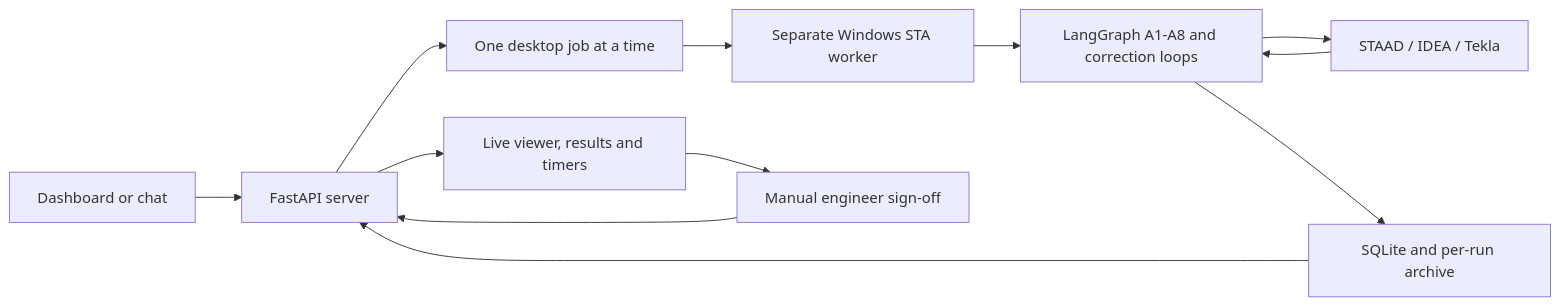
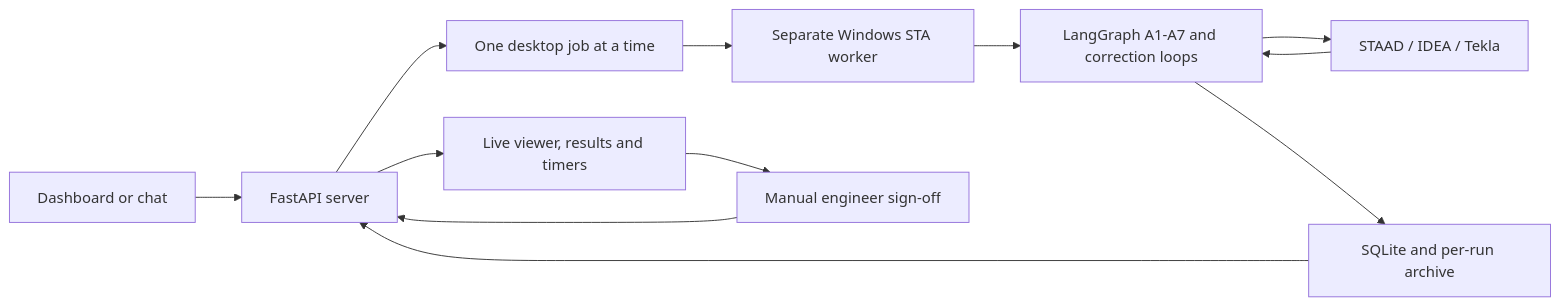
One commit to prajwal-cyient/civil_steel changed the first of 2 diagrams in README.md. Above: the diagram before and after it, drawn with Mermaid. The commit also changed other lines of this file and 65 other files, not shown here.

````diff
--- a/README.md
+++ b/README.md
@@ -26,14 +26,14 @@
 ```mermaid
 flowchart LR
     U[Dashboard or chat] --> API[FastAPI server]
     API --> C[One desktop job at a time]
     C --> W[Separate Windows STA worker]
-    W --> G[LangGraph A1-A8 and correction loops]
+    W --> G[LangGraph A1-A7 and correction loops]
     G --> N[STAAD / IDEA / Tekla]
     N --> G
     G --> S[SQLite and per-run archive]
     S --> API
     API --> V[Live viewer, results and timers]
     V --> H[Manual engineer sign-off]
     H --> API
 ```
````
